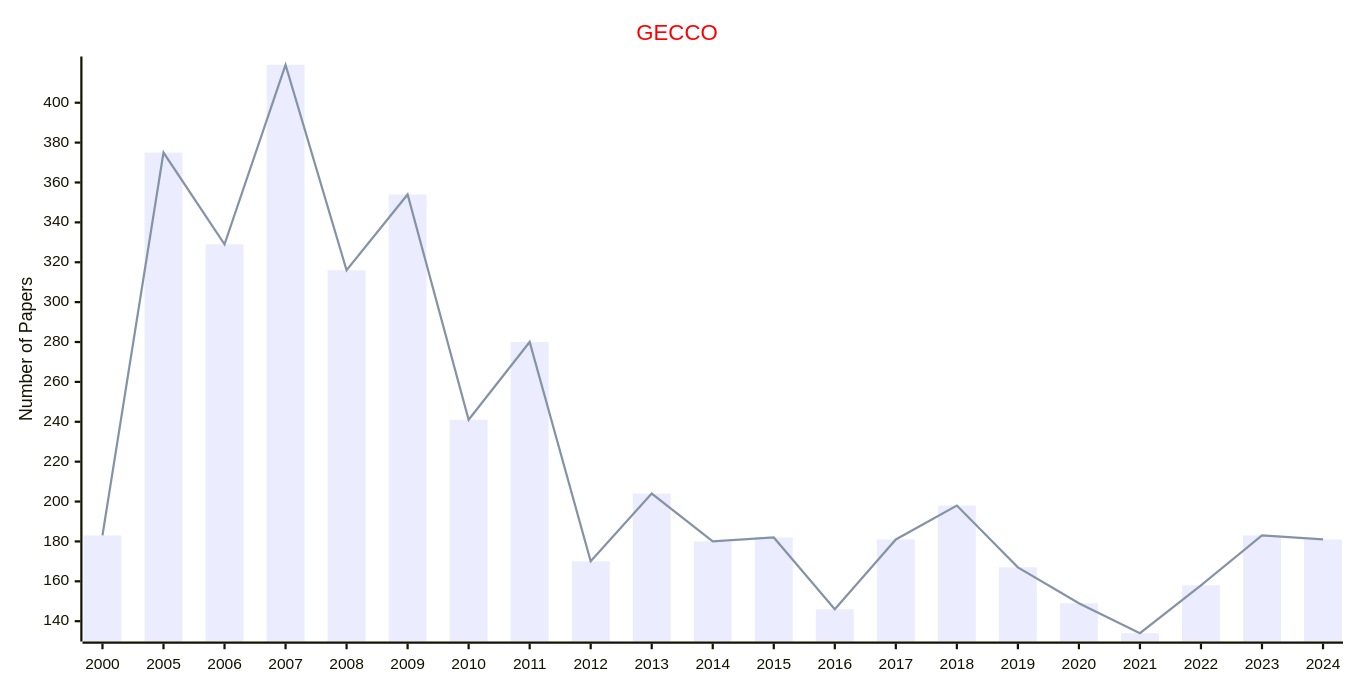
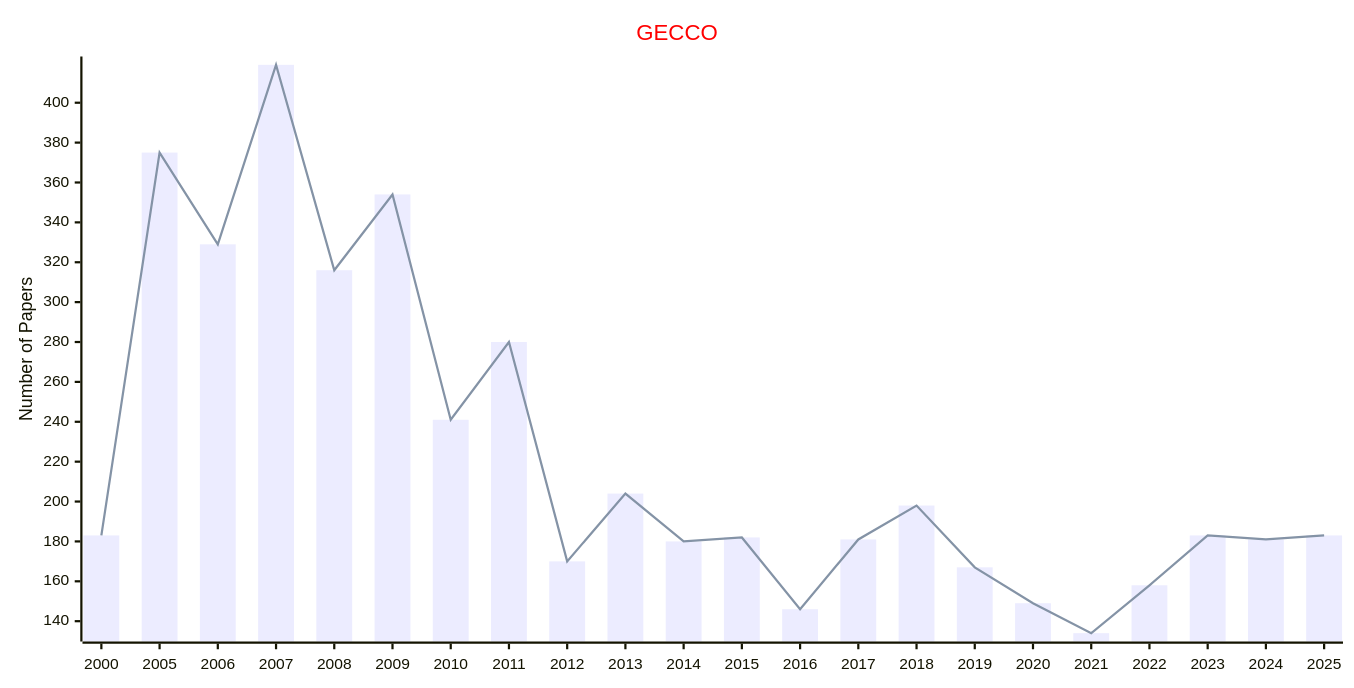
Before and after one commit to NextArtifIntell/AILinks: the first of 12 diagrams in docs/data/Conferences/Statistics_Conferences/Evolutionary_Computation.md, drawn with Mermaid. The commit also changed other lines of this file and 13 other files, not shown here.

````diff
--- a/docs/data/Conferences/Statistics_Conferences/Evolutionary_Computation.md
+++ b/docs/data/Conferences/Statistics_Conferences/Evolutionary_Computation.md
@@ -15,17 +15,17 @@
 ```mermaid
 ---
 config:
     xyChart:
         width: 1200
         height: 600
     themeVariables:
         xyChart:
             titleColor: "#ff0000"
 ---
 xychart-beta
     title "GECCO"
-    x-axis [2000, 2005, 2006, 2007, 2008, 2009, 2010, 2011, 2012, 2013, 2014, 2015, 2016, 2017, 2018, 2019, 2020, 2021, 2022, 2023, 2024]
+    x-axis [2000, 2005, 2006, 2007, 2008, 2009, 2010, 2011, 2012, 2013, 2014, 2015, 2016, 2017, 2018, 2019, 2020, 2021, 2022, 2023, 2024, 2025]
     y-axis "Number of Papers"
-    bar [183, 375, 329, 419, 316, 354, 241, 280, 170, 204, 180, 182, 146, 181, 198, 167, 149, 134, 158, 183, 181]
-    line [183, 375, 329, 419, 316, 354, 241, 280, 170, 204, 180, 182, 146, 181, 198, 167, 149, 134, 158, 183, 181]
+    bar [183, 375, 329, 419, 316, 354, 241, 280, 170, 204, 180, 182, 146, 181, 198, 167, 149, 134, 158, 183, 181, 183]
+    line [183, 375, 329, 419, 316, 354, 241, 280, 170, 204, 180, 182, 146, 181, 198, 167, 149, 134, 158, 183, 181, 183]
 ```
````
